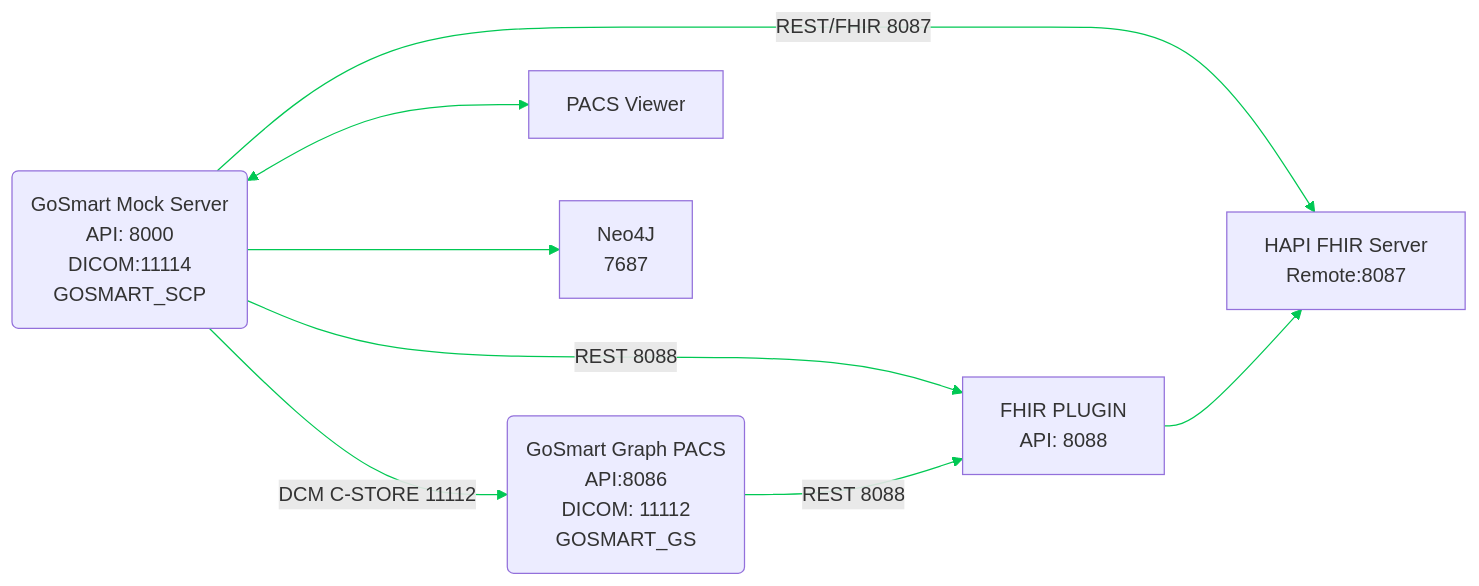
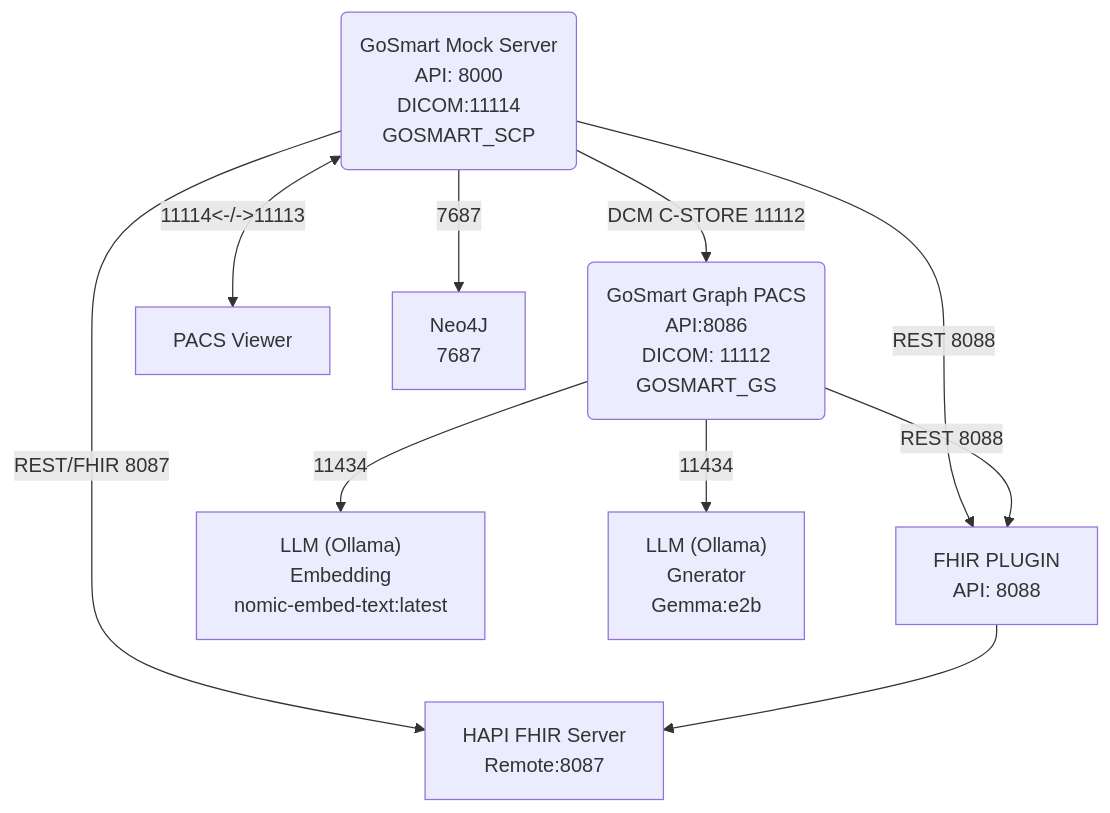
One commit to gosmart-health/gosmart-graphite changed the first of 2 diagrams in README.md. Above: the diagram before and after it, drawn with Mermaid. The commit also changed other lines of this file, not shown here.

````diff
--- a/README.md
+++ b/README.md
@@ -942,13 +963,13 @@
 ```mermaid
-flowchart LR
+flowchart TD
     n2["GoSmart Mock Server<br>API: 8000<br>DICOM:11114<br>GOSMART_SCP"] -- REST 8088 --> n3["FHIR PLUGIN<br>API: 8088"]
-    n2 -- " REST/FHIR 8087 " --> n4["HAPI FHIR Server<br>Remote:8087"]
+    n2 -- REST/FHIR 8087 --> n4["HAPI FHIR Server<br>Remote:8087"]
     n1["GoSmart Graph PACS<br>API:8086<br>DICOM: 11112<br>GOSMART_GS"] -- REST 8088 --> n3
     n2 -- " DCM C-STORE 11112 " --> n1
     n3 --> n4
-    n2 <--> n5["PACS Viewer"]
-    n2 --> n6["Neo4J<br>7687"]
+    n2 <-- " 11114&lt;-/-&gt;11113 " --> n5["PACS Viewer"]
+    n2 -- 7687 --> n6["Neo4J<br>7687"]
+    n1 -- 11434 --> n7["LLM (Ollama)<br>Embedding<br>nomic-embed-text:latest"] & n8["LLM (Ollama)<br>Gnerator<br>Gemma:e2b"]
     n2@{ shape: rounded}
     n1@{ shape: rounded}
-    linkStyle default stroke: #00C853
 ```
````
